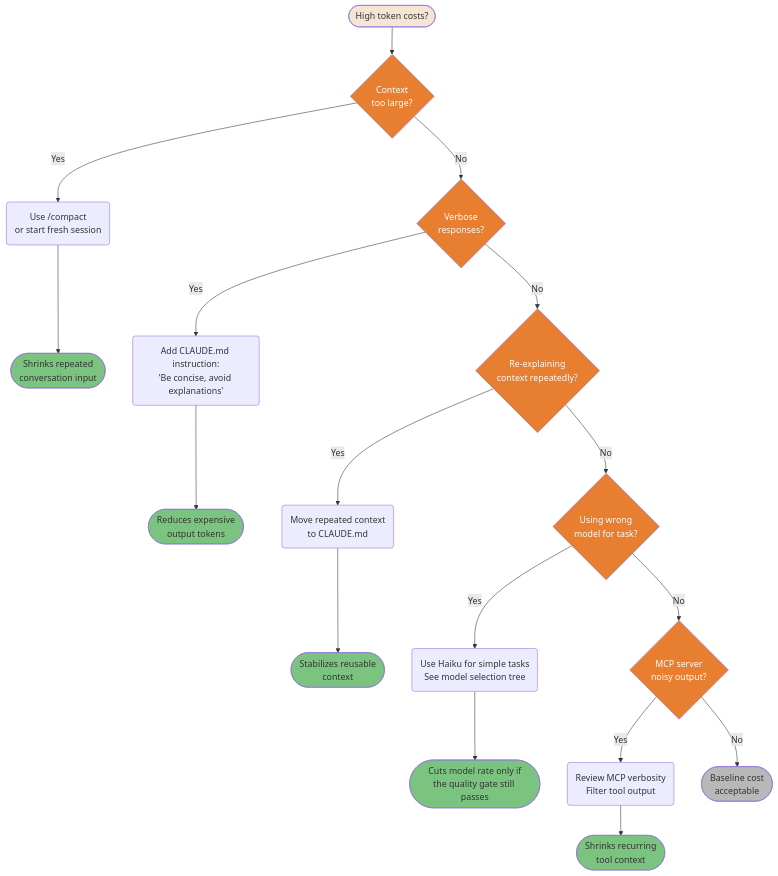
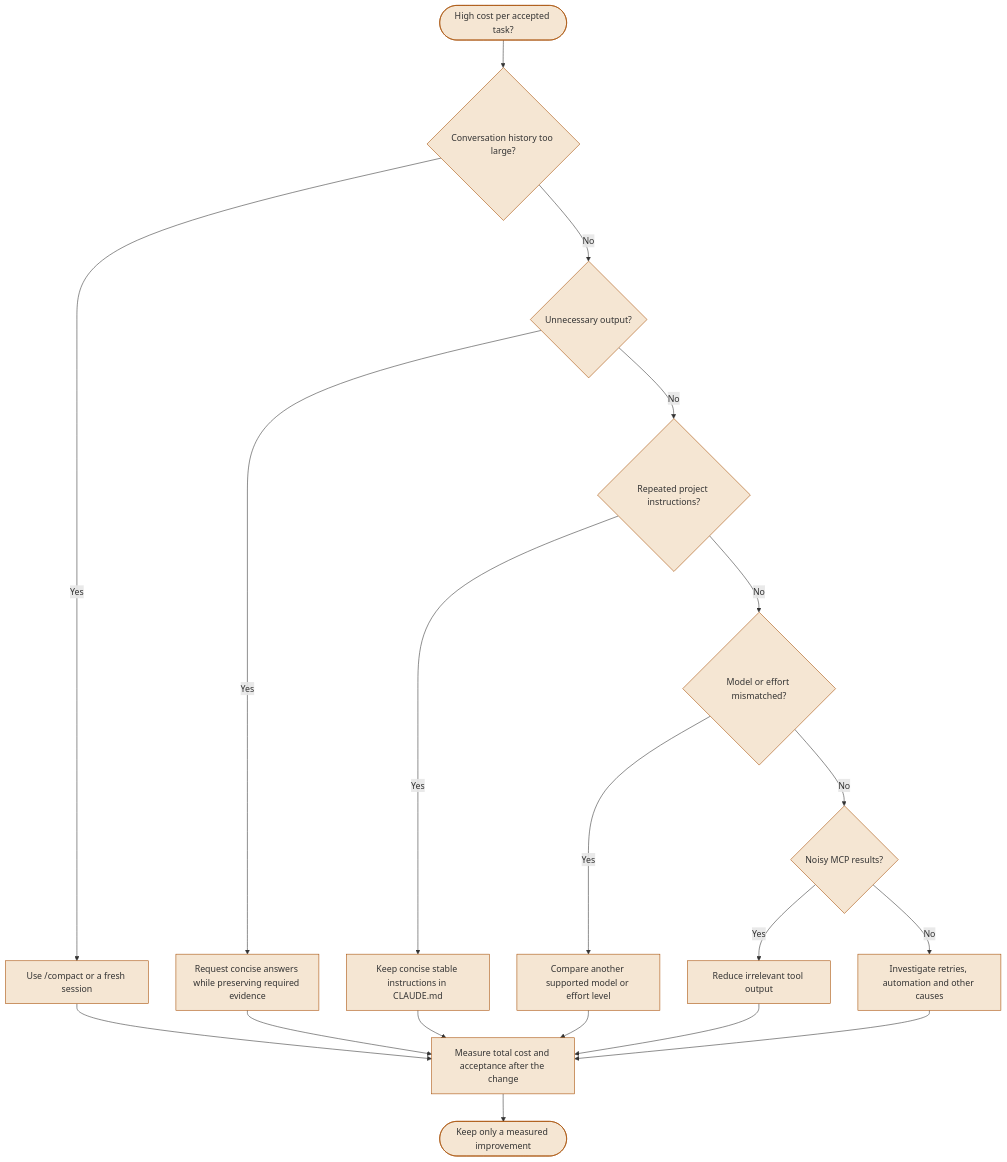
The second of 4 diagrams in guide/diagrams/09-cost-and-optimization.md (FlorianBruniaux/claude-code-ultimate-guide), drawn with Mermaid before and after one commit. The commit also changed other lines of this file and 17 other files, not shown here.

Commit message:
docs: refresh all diagrams and correct their source guidance

````diff
--- a/guide/diagrams/09-cost-and-optimization.md
+++ b/guide/diagrams/09-cost-and-optimization.md
@@ -99,55 +74,38 @@
 ```mermaid
 flowchart TD
-    A([High token costs?]) --> B{Context<br/>too large?}
-    B -->|Yes| C(Use /compact<br/>or start fresh session)
-    C --> Z([Shrinks repeated<br/>conversation input])
+    A([High cost per accepted task?]) --> B{Conversation history too large?}
+    B -->|Yes| C[Use /compact or a fresh session]
+    B -->|No| D{Unnecessary output?}
+    D -->|Yes| E[Request concise answers while preserving required evidence]
+    D -->|No| F{Repeated project instructions?}
+    F -->|Yes| G[Keep concise stable instructions in CLAUDE.md]
+    F -->|No| H{Model or effort mismatched?}
+    H -->|Yes| I[Compare another supported model or effort level]
+    H -->|No| J{Noisy MCP results?}
+    J -->|Yes| K[Reduce irrelevant tool output]
+    J -->|No| L[Investigate retries, automation and other causes]
+    C --> M[Measure total cost and acceptance after the change]
+    E --> M
+    G --> M
+    I --> M
+    K --> M
+    L --> M
+    M --> N([Keep only a measured improvement])
 
-    B -->|No| D{Verbose<br/>responses?}
-    D -->|Yes| E(Add CLAUDE.md instruction:<br/>'Be concise, avoid explanations')
-    E --> Z2([Reduces expensive<br/>output tokens])
-
-    D -->|No| F{Re-explaining<br/>context repeatedly?}
-    F -->|Yes| G(Move repeated context<br/>to CLAUDE.md)
-    G --> Z3([Stabilizes reusable<br/>context])
-
-    F -->|No| H{Using wrong<br/>model for task?}
-    H -->|Yes| I(Use Haiku for simple tasks<br/>See model selection tree)
-    I --> Z4([Cuts model rate only if<br/>the quality gate still passes])
-
-    H -->|No| J{MCP server<br/>noisy output?}
-    J -->|Yes| K(Review MCP verbosity<br/>Filter tool output)
-    K --> Z5([Shrinks recurring<br/>tool context])
-
-    J -->|No| L([Baseline cost<br/>acceptable])
-
-    style A fill:#F5E6D3,color:#333
-    style B fill:#E87E2F,color:#fff
-    style D fill:#E87E2F,color:#fff
-    style F fill:#E87E2F,color:#fff
-    style H fill:#E87E2F,color:#fff
-    style J fill:#E87E2F,color:#fff
-    style Z fill:#7BC47F,color:#333
-    style Z2 fill:#7BC47F,color:#333
-    style Z3 fill:#7BC47F,color:#333
-    style Z4 fill:#7BC47F,color:#333
-    style Z5 fill:#7BC47F,color:#333
-    style L fill:#B8B8B8,color:#333
-
-    click A href "https://github.com/FlorianBruniaux/claude-code-ultimate-guide/blob/main/guide/ultimate-guide.md#913-cost-optimization-strategies" "High token costs?"
-    click B href "https://github.com/FlorianBruniaux/claude-code-ultimate-guide/blob/main/guide/ultimate-guide.md#913-cost-optimization-strategies" "Context too large?"
-    click C href "https://github.com/FlorianBruniaux/claude-code-ultimate-guide/blob/main/guide/ultimate-guide.md#913-cost-optimization-strategies" "Use /compact or start fresh"
-    click D href "https://github.com/FlorianBruniaux/claude-code-ultimate-guide/blob/main/guide/ultimate-guide.md#913-cost-optimization-strategies" "Verbose responses?"
-    click E href "https://github.com/FlorianBruniaux/claude-code-ultimate-guide/blob/main/guide/ultimate-guide.md#913-cost-optimization-strategies" "Add CLAUDE.md instruction"
-    click F href "https://github.com/FlorianBruniaux/claude-code-ultimate-guide/blob/main/guide/ultimate-guide.md#913-cost-optimization-strategies" "Re-explaining context?"
-    click G href "https://github.com/FlorianBruniaux/claude-code-ultimate-guide/blob/main/guide/ultimate-guide.md#913-cost-optimization-strategies" "Move context to CLAUDE.md"
-    click H href "https://github.com/FlorianBruniaux/claude-code-ultimate-guide/blob/main/guide/ultimate-guide.md#913-cost-optimization-strategies" "Wrong model?"
-    click I href "https://github.com/FlorianBruniaux/claude-code-ultimate-guide/blob/main/guide/ultimate-guide.md#25-model-selection--thinking-guide" "Use Haiku for simple tasks"
-    click J href "https://github.com/FlorianBruniaux/claude-code-ultimate-guide/blob/main/guide/ultimate-guide.md#913-cost-optimization-strategies" "Noisy MCP output?"
-    click K href "https://github.com/FlorianBruniaux/claude-code-ultimate-guide/blob/main/guide/ultimate-guide.md#913-cost-optimization-strategies" "Review MCP verbosity"
-    click L href "https://github.com/FlorianBruniaux/claude-code-ultimate-guide/blob/main/guide/ultimate-guide.md#913-cost-optimization-strategies" "Baseline cost acceptable"
-    click Z href "https://github.com/FlorianBruniaux/claude-code-ultimate-guide/blob/main/guide/ultimate-guide.md#913-cost-optimization-strategies" "Shrink repeated conversation input"
-    click Z2 href "https://github.com/FlorianBruniaux/claude-code-ultimate-guide/blob/main/guide/ultimate-guide.md#913-cost-optimization-strategies" "Reduce output tokens"
-    click Z3 href "https://github.com/FlorianBruniaux/claude-code-ultimate-guide/blob/main/guide/ultimate-guide.md#913-cost-optimization-strategies" "Stabilize reusable context"
-    click Z4 href "https://github.com/FlorianBruniaux/claude-code-ultimate-guide/blob/main/guide/ultimate-guide.md#913-cost-optimization-strategies" "Use a cheaper model after validation"
-    click Z5 href "https://github.com/FlorianBruniaux/claude-code-ultimate-guide/blob/main/guide/ultimate-guide.md#913-cost-optimization-strategies" "Shrink recurring tool context"
+    classDef diagramNode fill:#F5E6D3,color:#333,stroke:#A64B00
+    class A,B,C,D,E,F,G,H,I,J,K,L,M,N diagramNode
+    click A href "https://github.com/FlorianBruniaux/claude-code-ultimate-guide/blob/main/guide/ultimate-guide.md#913-cost-optimization-strategies" "View in guide"
+    click B href "https://github.com/FlorianBruniaux/claude-code-ultimate-guide/blob/main/guide/ultimate-guide.md#913-cost-optimization-strategies" "View in guide"
+    click C href "https://github.com/FlorianBruniaux/claude-code-ultimate-guide/blob/main/guide/ultimate-guide.md#913-cost-optimization-strategies" "View in guide"
+    click D href "https://github.com/FlorianBruniaux/claude-code-ultimate-guide/blob/main/guide/ultimate-guide.md#913-cost-optimization-strategies" "View in guide"
+    click E href "https://github.com/FlorianBruniaux/claude-code-ultimate-guide/blob/main/guide/ultimate-guide.md#913-cost-optimization-strategies" "View in guide"
+    click F href "https://github.com/FlorianBruniaux/claude-code-ultimate-guide/blob/main/guide/ultimate-guide.md#913-cost-optimization-strategies" "View in guide"
+    click G href "https://github.com/FlorianBruniaux/claude-code-ultimate-guide/blob/main/guide/ultimate-guide.md#913-cost-optimization-strategies" "View in guide"
+    click H href "https://github.com/FlorianBruniaux/claude-code-ultimate-guide/blob/main/guide/ultimate-guide.md#913-cost-optimization-strategies" "View in guide"
+    click I href "https://github.com/FlorianBruniaux/claude-code-ultimate-guide/blob/main/guide/ultimate-guide.md#913-cost-optimization-strategies" "View in guide"
+    click J href "https://github.com/FlorianBruniaux/claude-code-ultimate-guide/blob/main/guide/ultimate-guide.md#913-cost-optimization-strategies" "View in guide"
+    click K href "https://github.com/FlorianBruniaux/claude-code-ultimate-guide/blob/main/guide/ultimate-guide.md#913-cost-optimization-strategies" "View in guide"
+    click L href "https://github.com/FlorianBruniaux/claude-code-ultimate-guide/blob/main/guide/ultimate-guide.md#913-cost-optimization-strategies" "View in guide"
+    click M href "https://github.com/FlorianBruniaux/claude-code-ultimate-guide/blob/main/guide/ultimate-guide.md#913-cost-optimization-strategies" "View in guide"
+    click N href "https://github.com/FlorianBruniaux/claude-code-ultimate-guide/blob/main/guide/ultimate-guide.md#913-cost-optimization-strategies" "View in guide"
 ```
````
